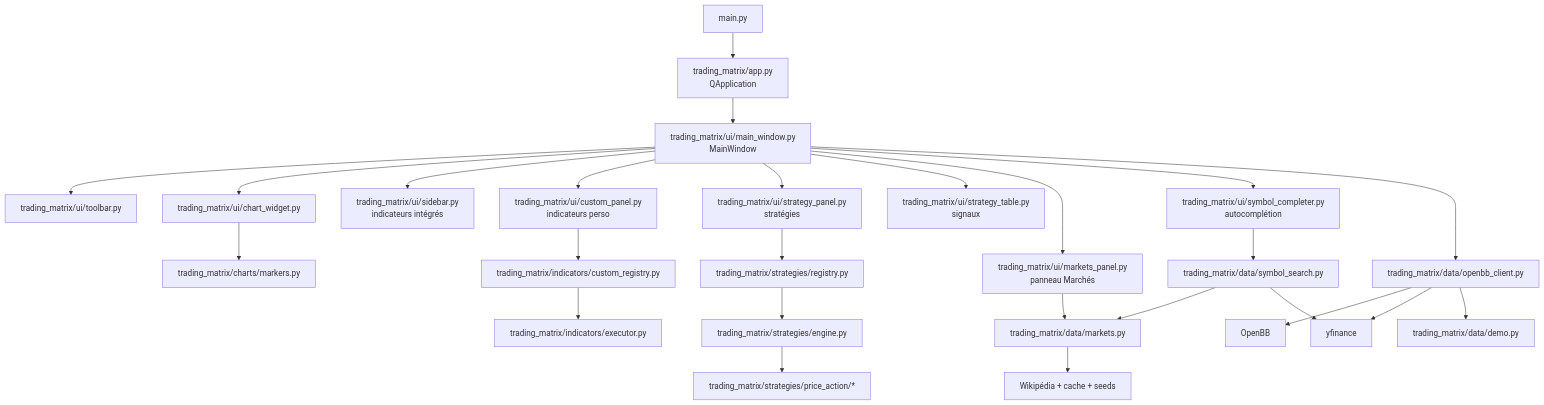
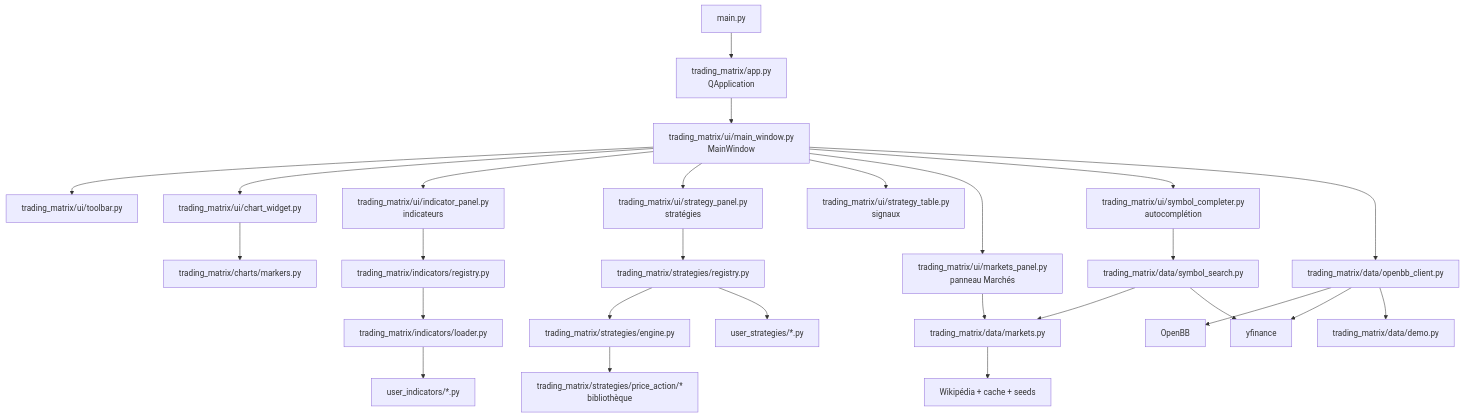
The diagram in doc/architecture.md (nazimboudeffa/trading-matrix), drawn with Mermaid before and after one commit. The commit also changed other lines of this file and 27 other files, not shown here.

First line of the commit message:
separated indicators and strategies in their own folder

````diff
--- a/doc/architecture.md
+++ b/doc/architecture.md
@@ -5,29 +5,30 @@
 ```mermaid
 graph TD
     A[main.py] --> B[trading_matrix/app.py<br/>QApplication]
     B --> C[trading_matrix/ui/main_window.py<br/>MainWindow]
     C --> D[trading_matrix/ui/toolbar.py]
     C --> E[trading_matrix/ui/chart_widget.py]
-    C --> F[trading_matrix/ui/sidebar.py<br/>indicateurs intégrés]
-    C --> G[trading_matrix/ui/custom_panel.py<br/>indicateurs perso]
+    C --> F[trading_matrix/ui/indicator_panel.py<br/>indicateurs]
     C --> H[trading_matrix/ui/strategy_panel.py<br/>stratégies]
     C --> I[trading_matrix/ui/strategy_table.py<br/>signaux]
     C --> T[trading_matrix/ui/markets_panel.py<br/>panneau Marchés]
-    C --> U[trading_matrix/ui/symbol_completer.py<br/>autocomplétion]
+    C --> SC[trading_matrix/ui/symbol_completer.py<br/>autocomplétion]
 
     E --> J[trading_matrix/charts/markers.py]
-    G --> K[trading_matrix/indicators/custom_registry.py]
-    K --> L[trading_matrix/indicators/executor.py]
+    F --> K[trading_matrix/indicators/registry.py]
+    K --> L[trading_matrix/indicators/loader.py]
+    L --> IND[user_indicators/*.py]
     H --> M[trading_matrix/strategies/registry.py]
     M --> N[trading_matrix/strategies/engine.py]
-    N --> O[trading_matrix/strategies/price_action/*]
+    M --> STR[user_strategies/*.py]
+    N --> O[trading_matrix/strategies/price_action/*<br/>bibliothèque]
     C --> P[trading_matrix/data/openbb_client.py]
     P --> Q[OpenBB]
     P --> R[yfinance]
     P --> S[trading_matrix/data/demo.py]
-    T --> V[trading_matrix/data/markets.py]
-    U --> W[trading_matrix/data/symbol_search.py]
-    W --> V
-    V --> X[Wikipédia + cache + seeds]
-    W --> R
+    T --> MK[trading_matrix/data/markets.py]
+    SC --> SS[trading_matrix/data/symbol_search.py]
+    SS --> MK
+    SS --> R
+    MK --> X[Wikipédia + cache + seeds]
 ```
````
